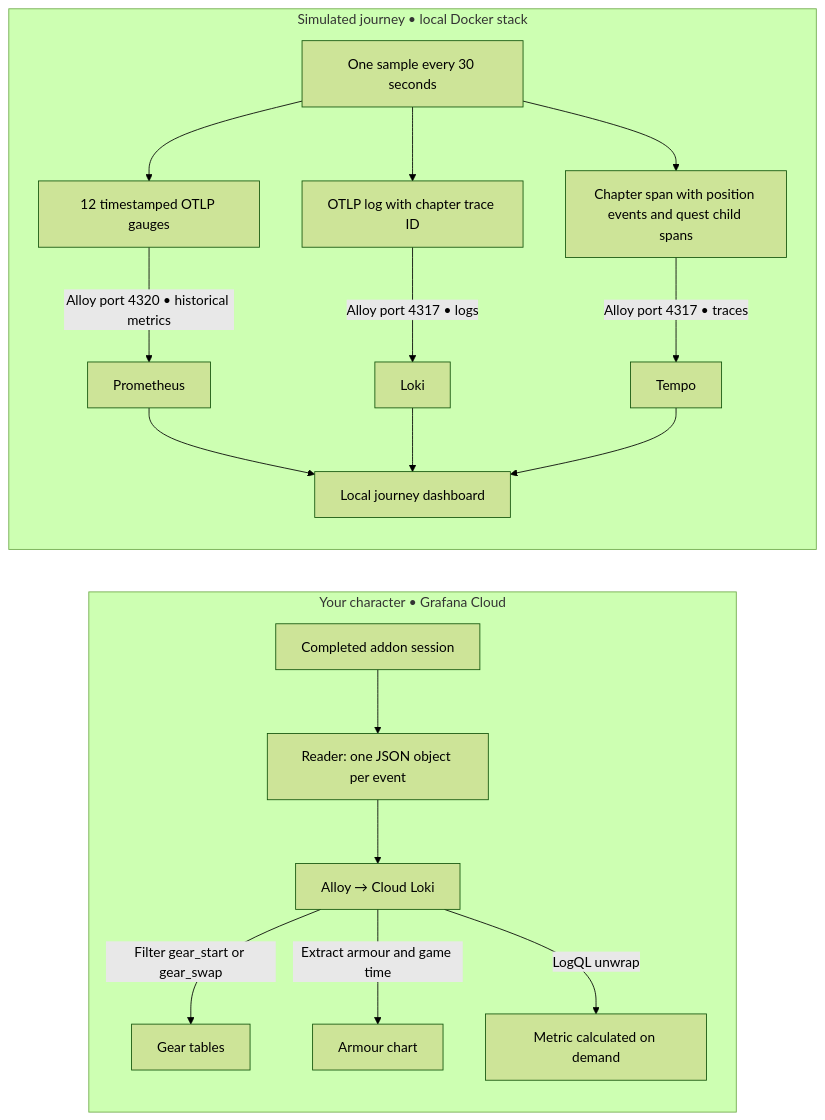
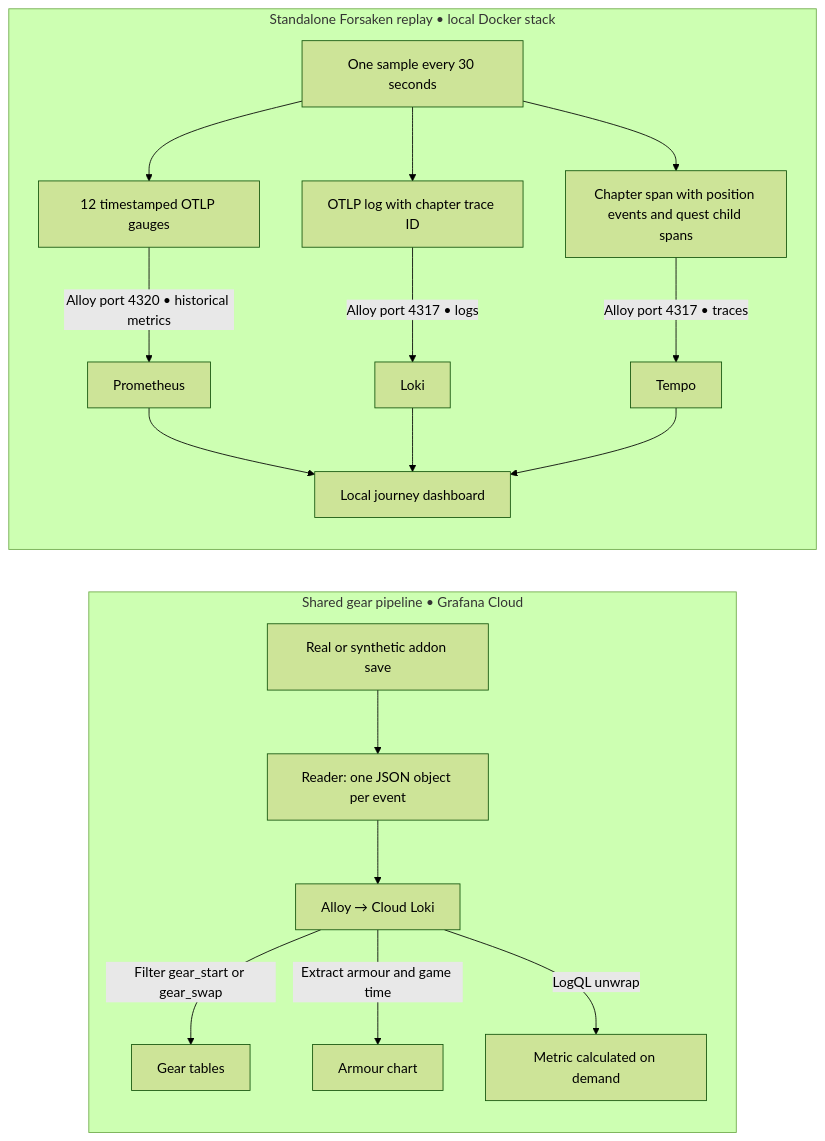
The second of 2 diagrams in wow-character-progression/ARCHITECTURE.md (grafana/alloy-scenarios), drawn with Mermaid (forest theme) before and after one commit. The commit also changed other lines of this file, not shown here.

Commit message:
Show real and synthetic gear entering the same recording pipeline

````diff
--- a/wow-character-progression/ARCHITECTURE.md
+++ b/wow-character-progression/ARCHITECTURE.md
@@ -97,21 +96,21 @@
 ```mermaid
 flowchart LR
-    subgraph Personal["Your character • Grafana Cloud"]
-      P["Completed addon session"] --> R["Reader: one JSON object per event"]
+    subgraph Personal["Shared gear pipeline • Grafana Cloud"]
+      P["Real or synthetic addon save"] --> R["Reader: one JSON object per event"]
       R --> L["Alloy → Cloud Loki"]
       L -->|Filter gear_start or gear_swap| T["Gear tables"]
       L -->|Extract armour and game time| C["Armour chart"]
       L -->|LogQL unwrap| M["Metric calculated on demand"]
     end
-    subgraph Demo["Simulated journey • local Docker stack"]
+    subgraph Demo["Standalone Forsaken replay • local Docker stack"]
       S["One sample every 30 seconds"] --> G["12 timestamped OTLP gauges"]
       S --> E["OTLP log with chapter trace ID"]
       S --> V["Chapter span with position events and quest child spans"]
       G -->|Alloy port 4320 • historical metrics| PR["Prometheus"]
       E -->|Alloy port 4317 • logs| LK["Loki"]
       V -->|Alloy port 4317 • traces| TE["Tempo"]
       PR --> D["Local journey dashboard"]
       LK --> D
       TE --> D
     end
 ```
````
